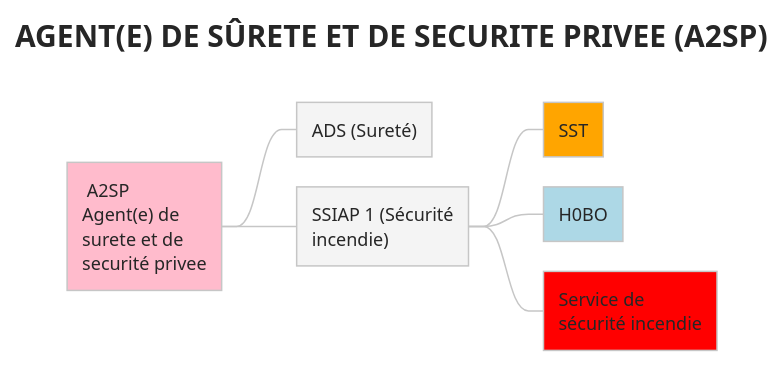
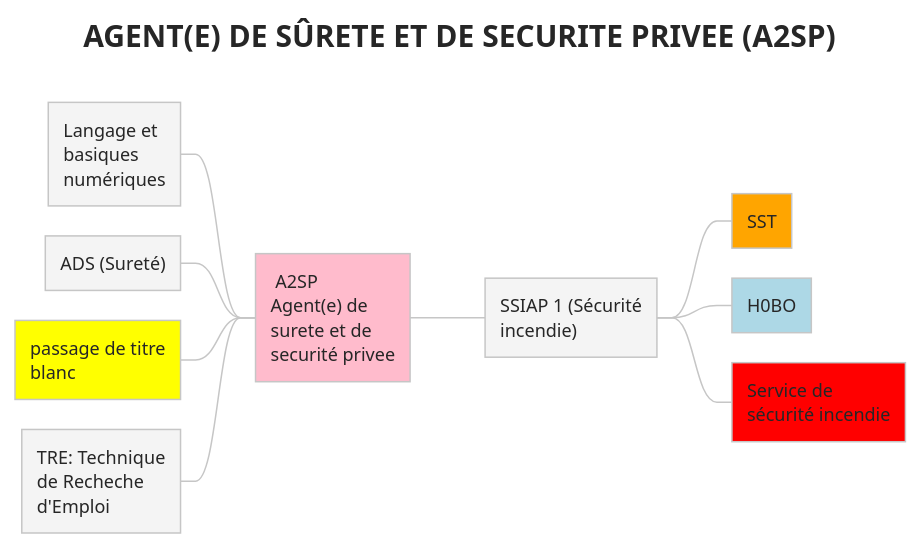
The diagram in ECF/A2SP/A2SP_mindmap.puml (cheroliv/formateur), drawn with PlantUML before and after one commit. The commit also changed other lines of this file and 2 other files, not shown here.

```diff
--- a/ECF/A2SP/A2SP_mindmap.puml
+++ b/ECF/A2SP/A2SP_mindmap.puml
@@ -1,23 +1,23 @@
 @startmindmap
 'https://plantuml.com/mindmap-diagram
 !theme carbon-gray
 
 title AGENT(E) DE SÛRETE ET DE SECURITE PRIVEE (A2SP)
 
 
 *[#FFBBCC]: A2SP
 Agent(e) de surete et de securité privee;
 
-'left side
+left side
+** Langage et basiques numériques
+** ADS (Sureté)
+**[#yellow] passage de titre blanc
+** TRE: Technique de Recheche d'Emploi
 
-** ADS (Sureté)
-
-'right side
-
+right side
 ** SSIAP 1 (Sécurité incendie)
 ***[#orange] SST
 ***[#lightblue] H0BO
 ***[#red] Service de sécurité incendie
 
-
 @endmindmap
```
